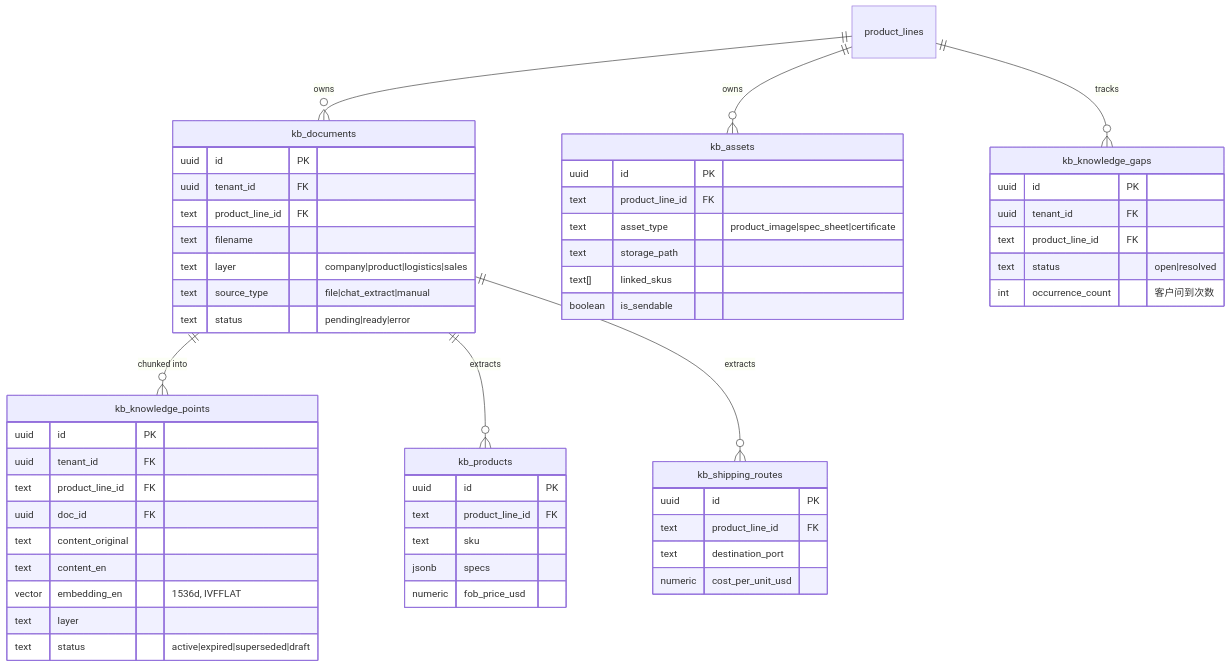
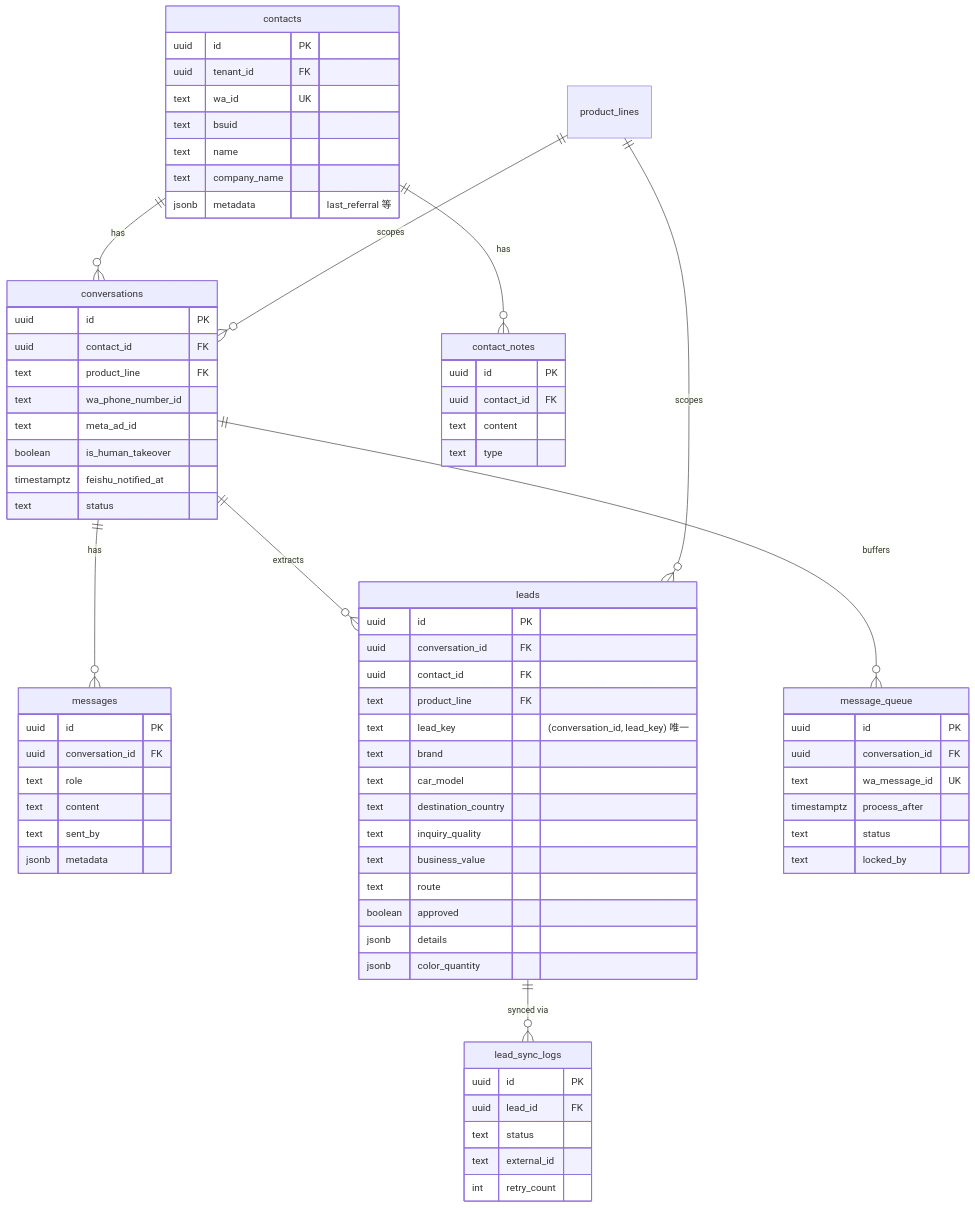
One commit to Sciiaok/xuqiu-bot changed the ninth of 11 diagrams in README.md. Above: the diagram before and after it, drawn with Mermaid. The commit also changed other lines of this file and 8 other files, not shown here.

````diff
--- a/README.md
+++ b/README.md
@@ -385,58 +669,76 @@
 ```mermaid
 erDiagram
-  product_lines ||--o{ kb_documents : "owns"
-  kb_documents ||--o{ kb_knowledge_points : "chunked into"
-  kb_documents ||--o{ kb_products : "extracts"
-  kb_documents ||--o{ kb_shipping_routes : "extracts"
-  product_lines ||--o{ kb_assets : "owns"
-  product_lines ||--o{ kb_knowledge_gaps : "tracks"
+    contacts ||--o{ conversations : has
+    conversations ||--o{ messages : has
+    conversations ||--o{ leads : extracts
+    conversations ||--o{ message_queue : buffers
+    leads ||--o{ lead_sync_logs : "synced via"
+    contacts ||--o{ contact_notes : has
+    product_lines ||--o{ conversations : scopes
+    product_lines ||--o{ leads : scopes
 
-  kb_documents {
-    uuid id PK
-    uuid tenant_id FK
-    text product_line_id FK
-    text filename
-    text layer "company|product|logistics|sales"
-    text source_type "file|chat_extract|manual"
-    text status "pending|ready|error"
-  }
-  kb_knowledge_points {
-    uuid id PK
-    uuid tenant_id FK
-    text product_line_id FK
-    uuid doc_id FK
-    text content_original
-    text content_en
-    vector embedding_en "1536d, IVFFLAT"
-    text layer
-    text status "active|expired|superseded|draft"
-  }
-  kb_products {
-    uuid id PK
-    text product_line_id FK
-    text sku
-    jsonb specs
-    numeric fob_price_usd
-  }
-  kb_assets {
-    uuid id PK
-    text product_line_id FK
-    text asset_type "product_image|spec_sheet|certificate"
-    text storage_path
-    text[] linked_skus
-    boolean is_sendable
-  }
-  kb_shipping_routes {
-    uuid id PK
-    text product_line_id FK
-    text destination_port
-    numeric cost_per_unit_usd
-  }
-  kb_knowledge_gaps {
-    uuid id PK
-    uuid tenant_id FK
-    text product_line_id FK
-    text status "open|resolved"
-    int occurrence_count "客户问到次数"
-  }
+    contacts {
+        uuid id PK
+        uuid tenant_id FK
+        text wa_id UK
+        text bsuid
+        text name
+        text company_name
+        jsonb metadata "last_referral 等"
+    }
+    conversations {
+        uuid id PK
+        uuid contact_id FK
+        text product_line FK
+        text wa_phone_number_id
+        text meta_ad_id
+        boolean is_human_takeover
+        timestamptz feishu_notified_at
+        text status
+    }
+    messages {
+        uuid id PK
+        uuid conversation_id FK
+        text role
+        text content
+        text sent_by
+        jsonb metadata
+    }
+    leads {
+        uuid id PK
+        uuid conversation_id FK
+        uuid contact_id FK
+        text product_line FK
+        text lead_key "(conversation_id, lead_key) 唯一"
+        text brand
+        text car_model
+        text destination_country
+        text inquiry_quality
+        text business_value
+        text route
+        boolean approved
+        jsonb details
+        jsonb color_quantity
+    }
+    contact_notes {
+        uuid id PK
+        uuid contact_id FK
+        text content
+        text type
+    }
+    message_queue {
+        uuid id PK
+        uuid conversation_id FK
+        text wa_message_id UK
+        timestamptz process_after
+        text status
+        text locked_by
+    }
+    lead_sync_logs {
+        uuid id PK
+        uuid lead_id FK
+        text status
+        text external_id
+        int retry_count
+    }
 ```
````
